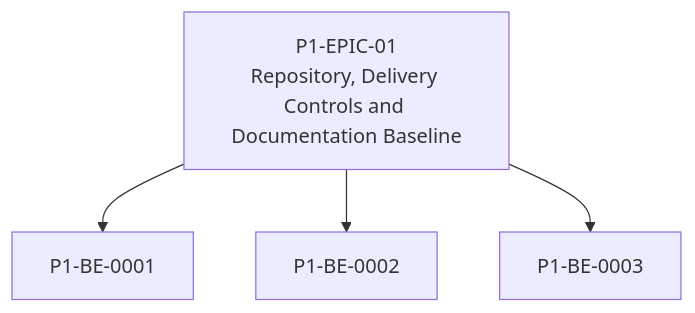
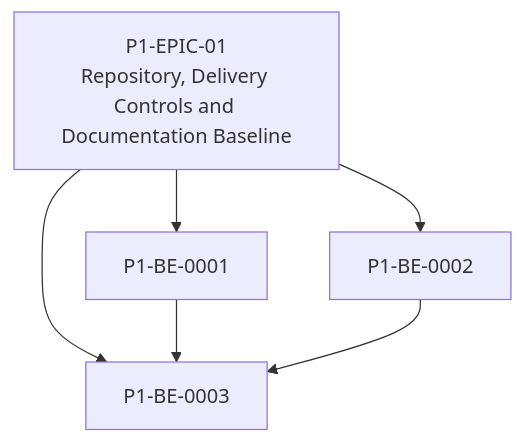
Before and after one commit to Makintosh101/super-av: the diagram in docs/roadmaps/epics/P1-EPIC-01.md, drawn with Mermaid. The commit also changed other lines of this file and 30 other files, not shown here.

````diff
--- a/docs/roadmaps/epics/P1-EPIC-01.md
+++ b/docs/roadmaps/epics/P1-EPIC-01.md
@@ -32,7 +32,9 @@
 ```mermaid
 flowchart TD
   P1_EPIC_01["P1-EPIC-01<br/>Repository, Delivery Controls and Documentation Baseline"]
   P1_EPIC_01 --> P1_BE_0001["P1-BE-0001"]
   P1_EPIC_01 --> P1_BE_0002["P1-BE-0002"]
   P1_EPIC_01 --> P1_BE_0003["P1-BE-0003"]
+  P1_BE_0001 --> P1_BE_0003
+  P1_BE_0002 --> P1_BE_0003
 ```
````
